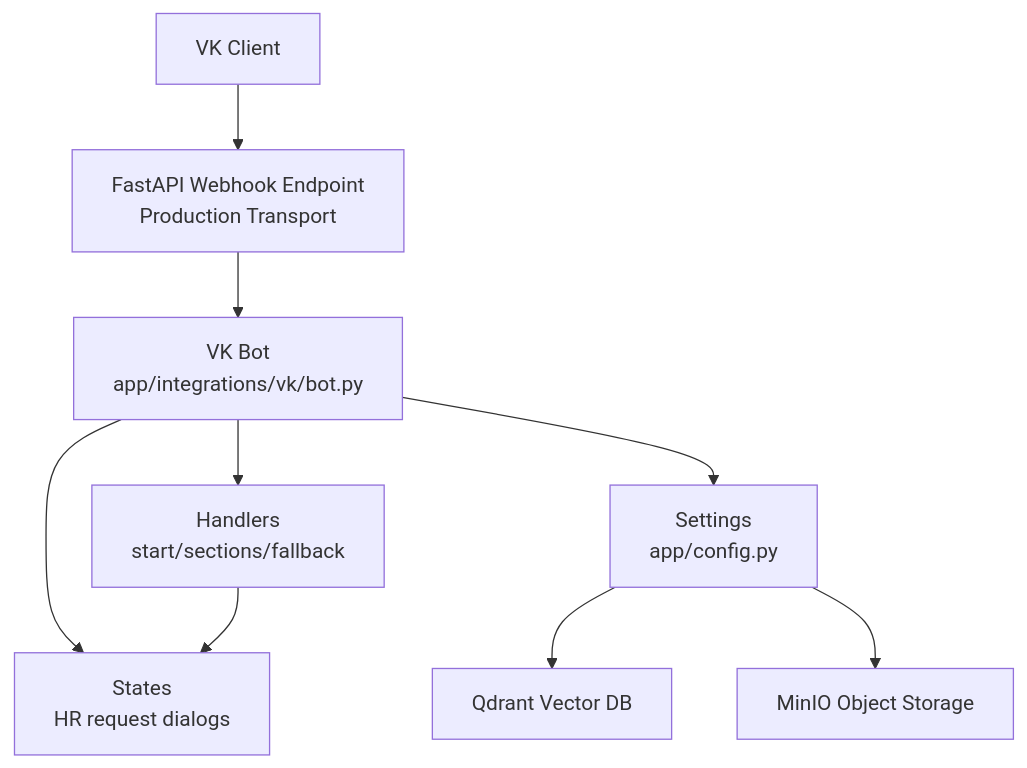
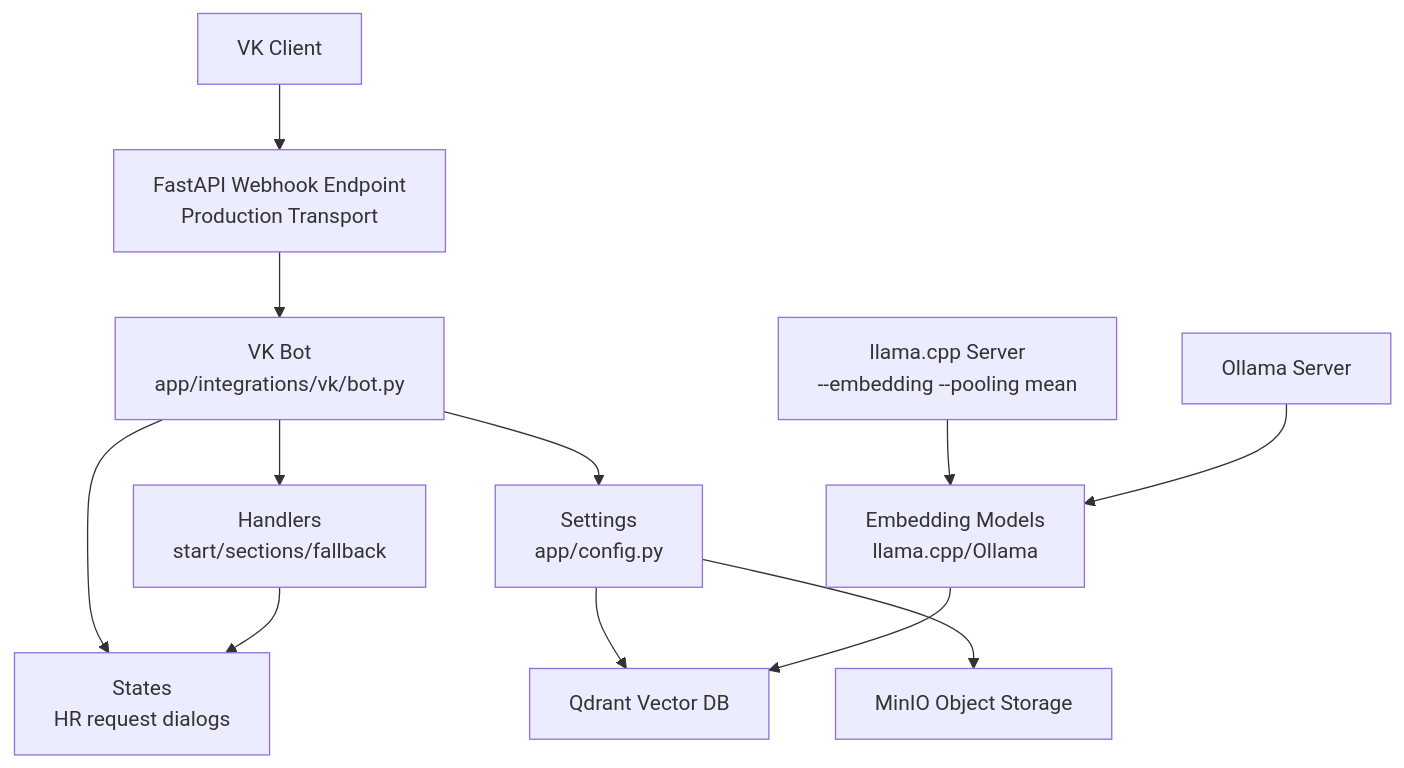
The second of 8 diagrams in .qoder/repowiki/en/content/Deployment and Operations.md (ognelis/cafetera_hr_bot), drawn with Mermaid before and after one commit. The commit also changed other lines of this file and 13 other files, not shown here.

````diff
--- a/.qoder/repowiki/en/content/Deployment and Operations.md
+++ b/.qoder/repowiki/en/content/Deployment and Operations.md
@@ -112,19 +138,25 @@
 ```mermaid
 graph TB
 Client["VK Client"]
 Webhook["FastAPI Webhook Endpoint<br/>Production Transport"]
 Bot["VK Bot<br/>app/integrations/vk/bot.py"]
 Handlers["Handlers<br/>start/sections/fallback"]
 States["States<br/>HR request dialogs"]
 Config["Settings<br/>app/config.py"]
 Qdrant["Qdrant Vector DB"]
 MinIO["MinIO Object Storage"]
+Embeddings["Embedding Models<br/>llama.cpp/Ollama"]
+LlamaServer["llama.cpp Server<br/>--embedding --pooling mean"]
+OllamaServer["Ollama Server"]
 Client --> Webhook
 Webhook --> Bot
 Bot --> Handlers
 Bot --> States
 Bot --> Config
 Handlers --> States
 Config --> Qdrant
 Config --> MinIO
+Embeddings --> Qdrant
+LlamaServer --> Embeddings
+OllamaServer --> Embeddings
 ```
````
